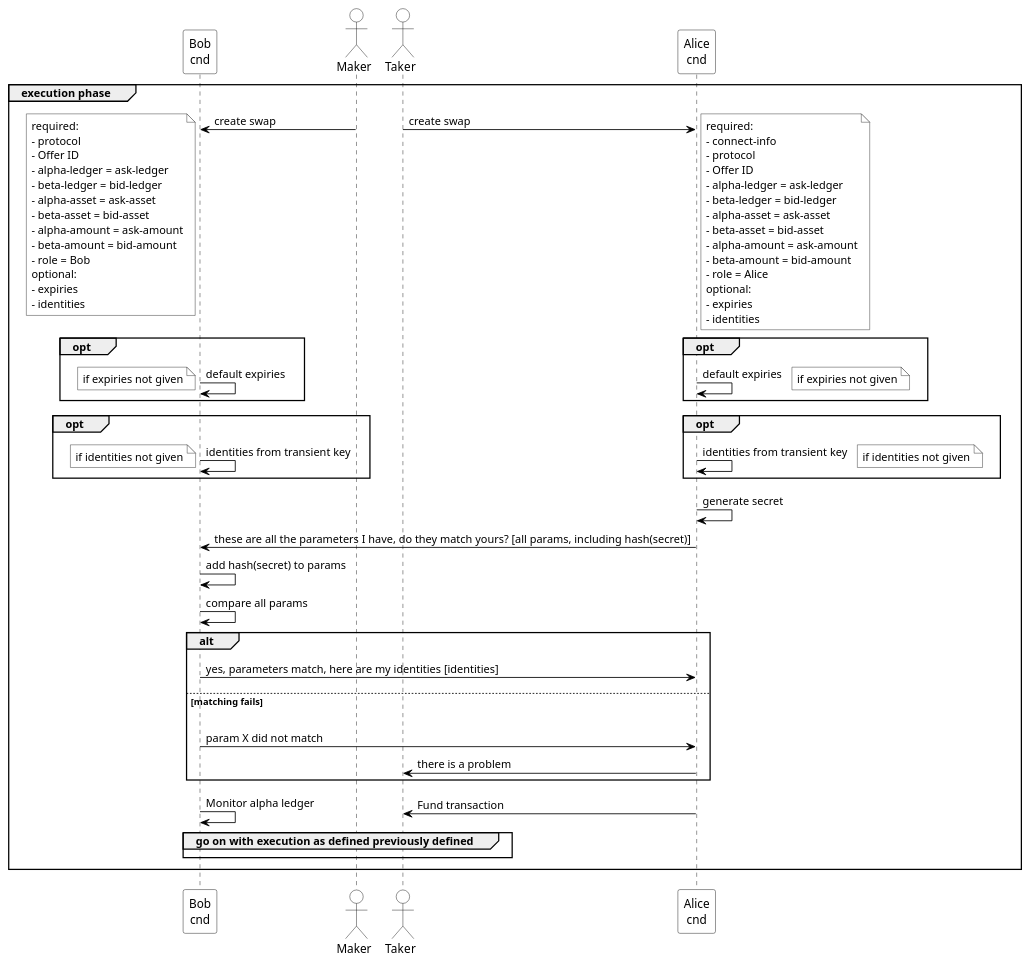
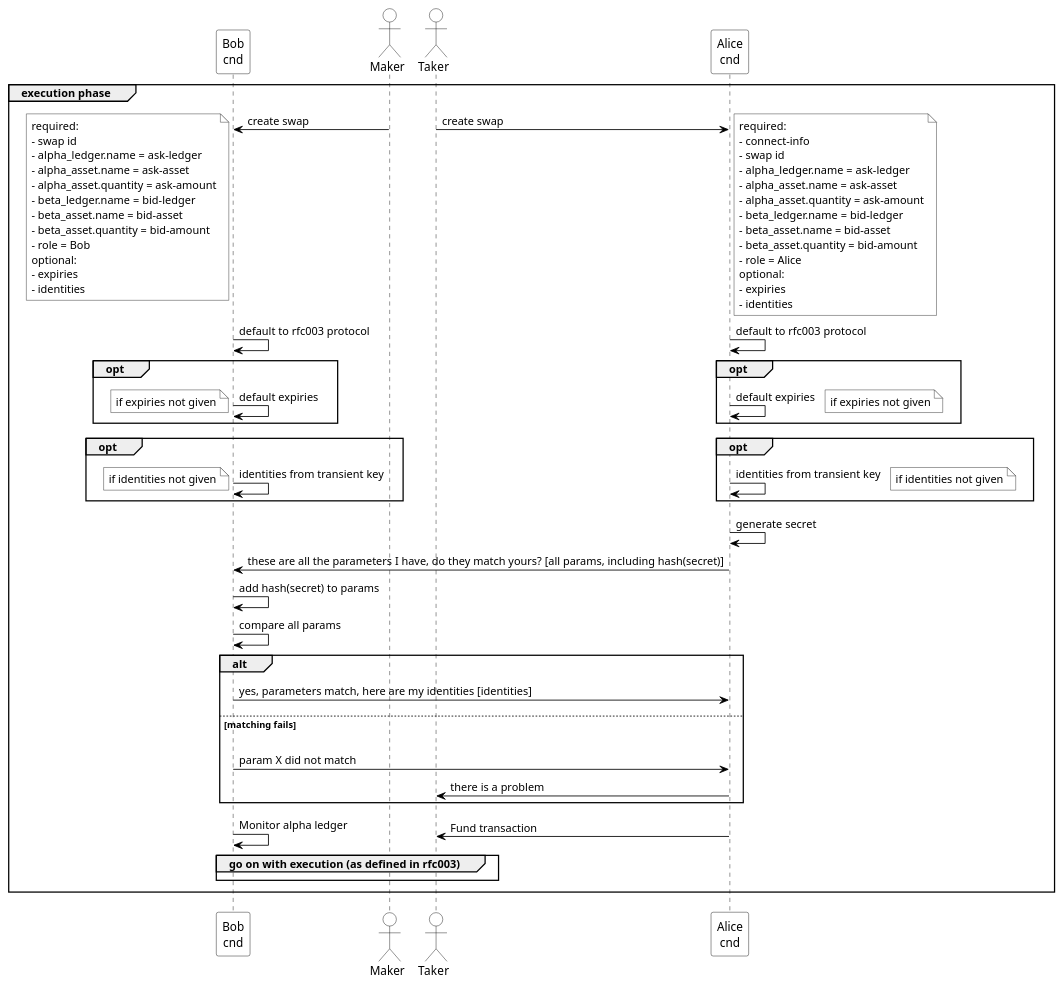
One commit to comit-network/spikes changed the diagram in assets/0017-SequenceDiagram-ExecutionPhase.puml. Above: the diagram before and after it, drawn with PlantUML. The commit also changed 3 other files, not shown here.

Commit message:
Swap-id, default protocol in execution, wording

```diff
--- a/assets/0017-SequenceDiagram-ExecutionPhase.puml
+++ b/assets/0017-SequenceDiagram-ExecutionPhase.puml
@@ -4,107 +4,107 @@
 @startuml
 ' #################################################
 ' SETTINGS: color settings of diagram
 ' #################################################
 skinparam sequence {
 	BorderColor black
 	ArrowColor black
 	ActorBorderColor black
 	LifeLineBorderColor black
 	LifeLineBackgroundColor white
 	
 	ParticipantBorderColor black
 	ParticipantBackgroundColor white
 	ParticipantFontColor black
 	
 	ActorBackgroundColor white
 	ActorFontColor black
 }
 ' #################################################
 ' ACTORS
 ' #################################################
 participant "Bob\ncnd" as BC
 actor Maker as M
 actor Taker as T
 participant "Alice\ncnd" as AC
 
 ' allow parallelism
 !pragma teoz true
 
 ' #################################################
 ' DIAGRAM
 ' #################################################
 group execution phase
     T->AC: create swap
     note right #white
         required:
         - connect-info
-        - protocol
-        - Offer ID
-        - alpha-ledger = ask-ledger
-        - beta-ledger = bid-ledger
-        - alpha-asset = ask-asset
-        - beta-asset = bid-asset
-        - alpha-amount = ask-amount
-        - beta-amount = bid-amount
+        - swap id
+        - alpha_ledger.name = ask-ledger
+        - alpha_asset.name = ask-asset
+        - alpha_asset.quantity = ask-amount
+        - beta_ledger.name = bid-ledger
+        - beta_asset.name = bid-asset
+        - beta_asset.quantity = bid-amount
         - role = Alice
         optional:
         - expiries
         - identities
     end note
     & M->BC: create swap
     note left #white
         required:
-        - protocol
-        - Offer ID
-        - alpha-ledger = ask-ledger
-        - beta-ledger = bid-ledger
-        - alpha-asset = ask-asset
-        - beta-asset = bid-asset
-        - alpha-amount = ask-amount
-        - beta-amount = bid-amount
+        - swap id
+        - alpha_ledger.name = ask-ledger
+        - alpha_asset.name = ask-asset
+        - alpha_asset.quantity = ask-amount
+        - beta_ledger.name = bid-ledger
+        - beta_asset.name = bid-asset
+        - beta_asset.quantity = bid-amount
         - role = Bob
         optional:
         - expiries
         - identities
     end note
+    AC->AC: default to rfc003 protocol
+    & BC->BC: default to rfc003 protocol
     opt
         AC->AC: default expiries
         note right #white
             if expiries not given
         end note
     end
     & opt
         BC->BC: default expiries
         note left #white
             if expiries not given
         end note
     end
     opt
         AC->AC: identities from transient key
         note right #white
             if identities not given
         end note
     end
     & opt
         BC->BC: identities from transient key
         note left #white
             if identities not given
         end note
     end
     AC->AC: generate secret
     AC->BC: these are all the parameters I have, do they match yours? [all params, including hash(secret)]
     BC->BC: add hash(secret) to params
     BC->BC: compare all params
     alt
         BC->AC: yes, parameters match, here are my identities [identities]
     else matching fails
         BC->AC: \nparam X did not match
         AC->T: there is a problem
     end
     AC->T: Fund transaction
     & BC->BC: Monitor alpha ledger
-    group go on with execution as defined previously defined
+    group go on with execution (as defined in rfc003)
     end
 end
 
 @enduml
```
